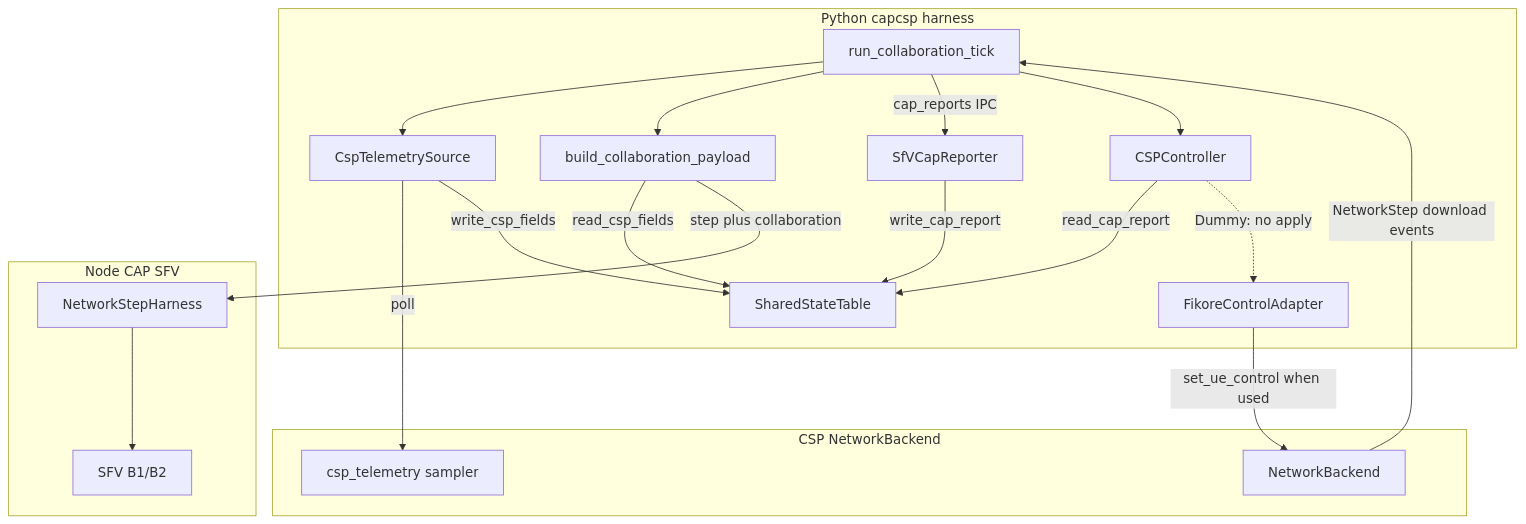
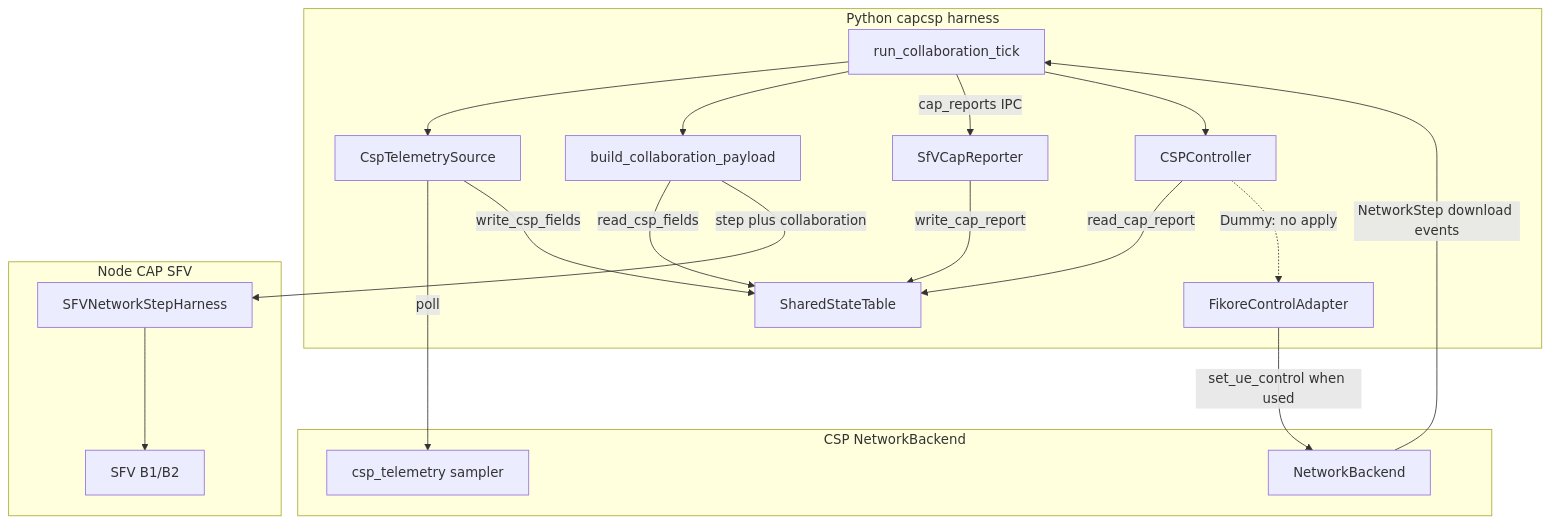
Before and after one commit to VQEG/cap-csp-collaboration-test-pilot: the diagram in docs/collaboration.md, drawn with Mermaid. The commit also changed other lines of this file and 8 other files, not shown here.

````diff
--- a/docs/collaboration.md
+++ b/docs/collaboration.md
@@ -64,34 +64,34 @@
 ```mermaid
 flowchart TB
   subgraph harness [Python capcsp harness]
     Runtime[run_collaboration_tick]
     Tel[CspTelemetrySource]
     Snap[build_collaboration_payload]
     Rep[SfVCapReporter]
     Table[SharedStateTable]
     Ctrl[CSPController]
     FCA[FikoreControlAdapter]
   end
   subgraph cap [Node CAP SFV]
-    NH[NetworkStepHarness]
+    NH[SFVNetworkStepHarness]
     Engine[SFV B1/B2]
   end
   subgraph csp [CSP NetworkBackend]
     NB[NetworkBackend]
     Sampler[csp_telemetry sampler]
   end
   NB -->|NetworkStep download events| Runtime
   Runtime --> Tel
   Tel -->|poll| Sampler
   Tel -->|write_csp_fields| Table
   Runtime --> Snap
   Snap -->|read_csp_fields| Table
   Snap -->|step plus collaboration| NH
   NH --> Engine
   Runtime -->|cap_reports IPC| Rep
   Rep -->|write_cap_report| Table
   Runtime --> Ctrl
   Ctrl -->|read_cap_report| Table
   Ctrl -.->|Dummy: no apply| FCA
   FCA -->|set_ue_control when used| NB
 ```
````
